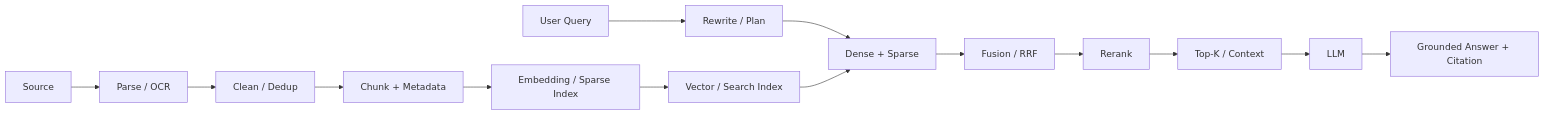
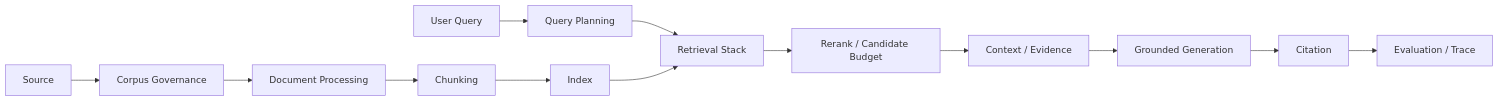
One commit to studyzhige-ui/ai-application-interview-handbook changed the first of 6 diagrams in rag/review/README.md. Above: the diagram before and after it, drawn with Mermaid. The commit also changed other lines of this file, not shown here.

````diff
--- a/rag/review/README.md
+++ b/rag/review/README.md
@@ -7,16 +9,15 @@
 ```mermaid
 flowchart LR
-    A["Source"] --> B["Parse / OCR"]
-    B --> C["Clean / Dedup"]
-    C --> D["Chunk + Metadata"]
-    D --> E["Embedding / Sparse Index"]
-    E --> F["Vector / Search Index"]
-    Q["User Query"] --> R["Rewrite / Plan"]
-    R --> S["Dense + Sparse"]
-    F --> S
-    S --> T["Fusion / RRF"]
-    T --> U["Rerank"]
-    U --> V["Top-K / Context"]
-    V --> W["LLM"]
-    W --> X["Grounded Answer + Citation"]
+    A["Source"] --> B["Corpus Governance"]
+    B --> C["Document Processing"]
+    C --> D["Chunking"]
+    D --> E["Index"]
+    Q["User Query"] --> F["Query Planning"]
+    F --> G["Retrieval Stack"]
+    E --> G
+    G --> H["Rerank / Candidate Budget"]
+    H --> I["Context / Evidence"]
+    I --> J["Grounded Generation"]
+    J --> K["Citation"]
+    K --> L["Evaluation / Trace"]
 ```
````
